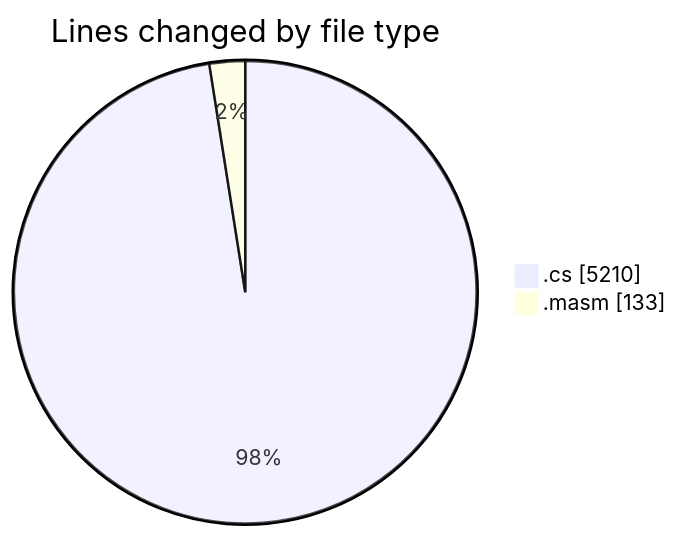
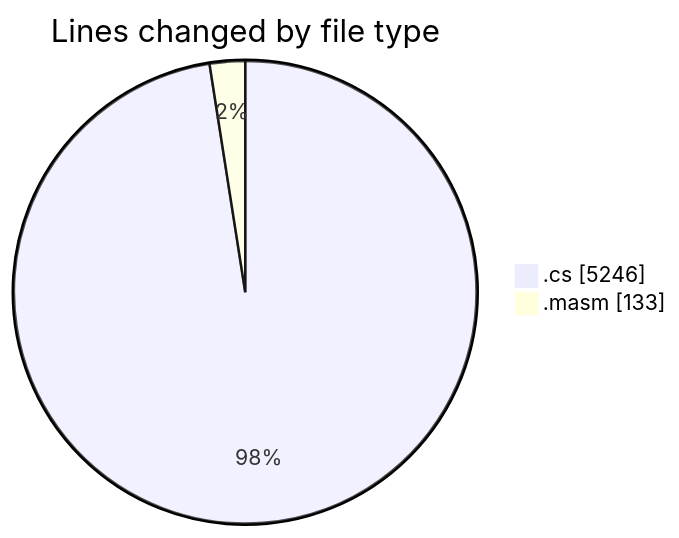
One commit to charlie-sans/code-tracking changed the first of 2 diagrams in 2025-03-17/sharpmasm/README.md. Above: the diagram before and after it, drawn with Mermaid. The commit also changed other lines of this file and 1 other file, not shown here.

````diff
--- a/2025-03-17/sharpmasm/README.md
+++ b/2025-03-17/sharpmasm/README.md
@@ -26,6 +26,6 @@
 ```mermaid
 pie showData
 title Lines changed by file type
-".cs" : 5210
+".cs" : 5246
 ".masm" : 133
 ```
````
